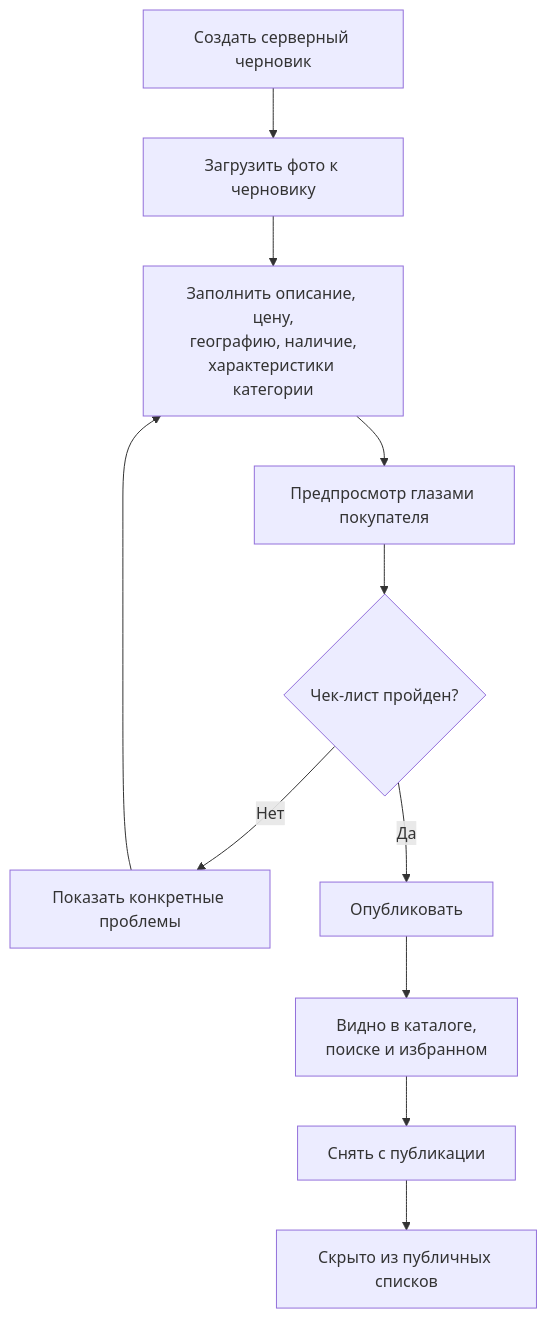
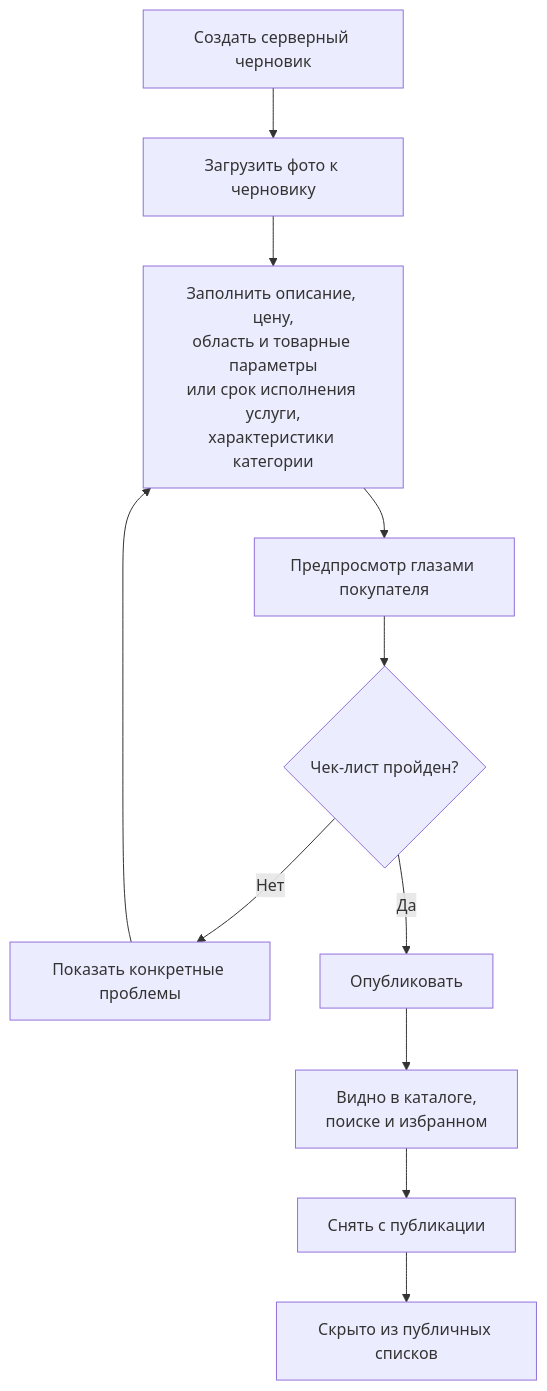
Before and after one commit to bullbashechka/AgroMarketKZ: the fourth of 4 diagrams in USER_FLOW.md, drawn with Mermaid. The commit also changed other lines of this file and 46 other files, not shown here.

````diff
--- a/USER_FLOW.md
+++ b/USER_FLOW.md
@@ -79,13 +79,13 @@
 ```mermaid
 flowchart TD
 Create[Создать серверный черновик] --> Upload[Загрузить фото к черновику]
-Upload --> Edit[Заполнить описание, цену,<br/>географию, наличие,<br/>характеристики категории]
+Upload --> Edit[Заполнить описание, цену,<br/>область и товарные параметры<br/>или срок исполнения услуги,<br/>характеристики категории]
 Edit --> Preview[Предпросмотр глазами покупателя]
 Preview --> Check{Чек-лист пройден?}
 Check -->|Нет| Issues[Показать конкретные проблемы]
 Issues --> Edit
 Check -->|Да| Publish[Опубликовать]
 Publish --> Catalog[Видно в каталоге,<br/>поиске и избранном]
 Catalog --> Archive[Снять с публикации]
 Archive --> Hidden[Скрыто из публичных списков]
 ```
````
